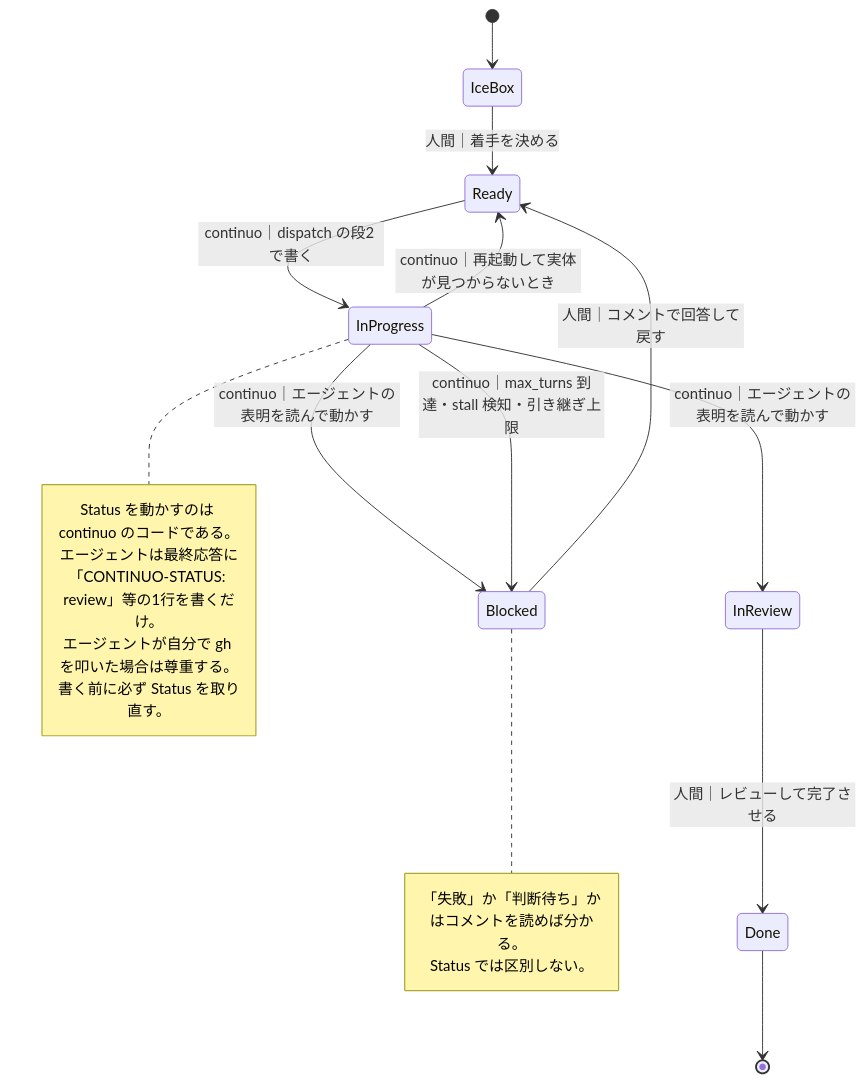
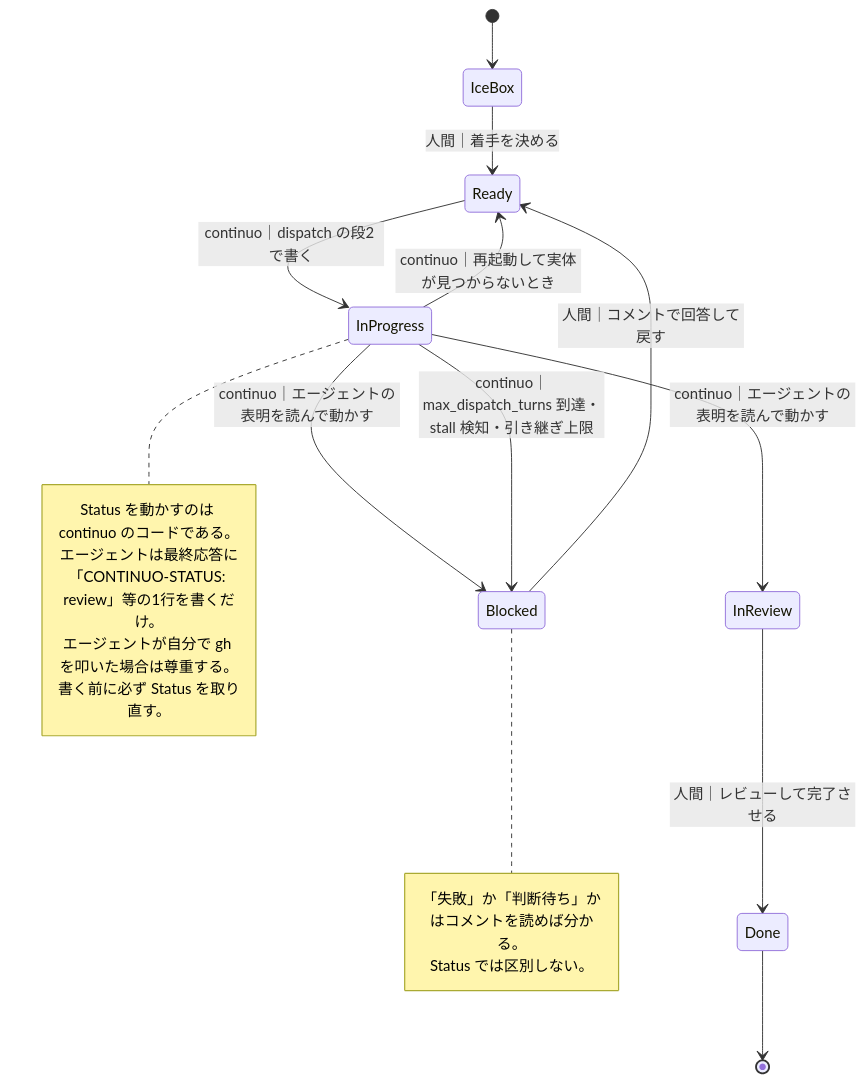
One commit to maimuzo/continuo changed the sixth of 6 diagrams in docs/plans/continuo_design.md. Above: the diagram before and after it, drawn with Mermaid. The commit also changed other lines of this file and 41 other files, not shown here.

````diff
--- a/docs/plans/continuo_design.md
+++ b/docs/plans/continuo_design.md
@@ -3567,24 +3569,24 @@
 ```mermaid
 stateDiagram-v2
     [*] --> IceBox
     IceBox --> Ready: 人間｜着手を決める
     Ready --> InProgress: continuo｜dispatch の段2 で書く
     InProgress --> InReview: continuo｜エージェントの表明を読んで動かす
     InProgress --> Blocked: continuo｜エージェントの表明を読んで動かす
-    InProgress --> Blocked: continuo｜max_turns 到達・stall 検知・引き継ぎ上限
+    InProgress --> Blocked: continuo｜max_dispatch_turns 到達・stall 検知・引き継ぎ上限
     InProgress --> Ready: continuo｜再起動して実体が見つからないとき
     Blocked --> Ready: 人間｜コメントで回答して戻す
     InReview --> Done: 人間｜レビューして完了させる
     Done --> [*]
     note right of InProgress
         Status を動かすのは continuo のコードである。
         エージェントは最終応答に
         「CONTINUO-STATUS: review」等の1行を書くだけ。
         エージェントが自分で gh を叩いた場合は尊重する。
         書く前に必ず Status を取り直す。
     end note
     note right of Blocked
         「失敗」か「判断待ち」かはコメントを読めば分かる。
         Status では区別しない。
     end note
 ```
````
